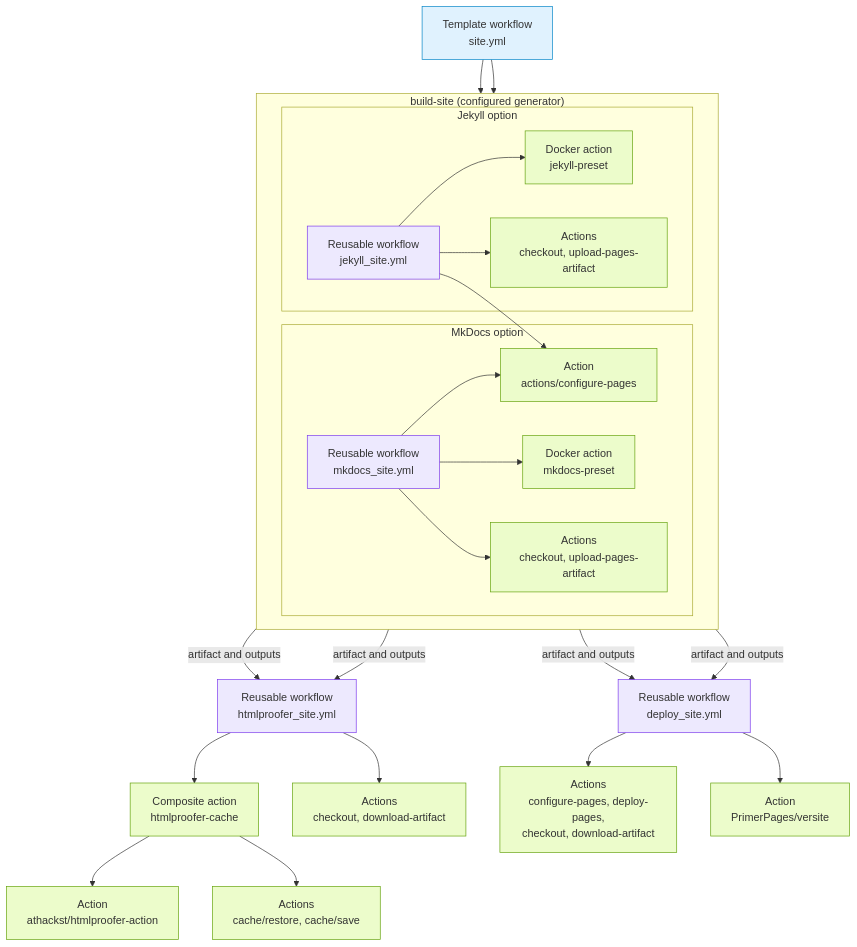
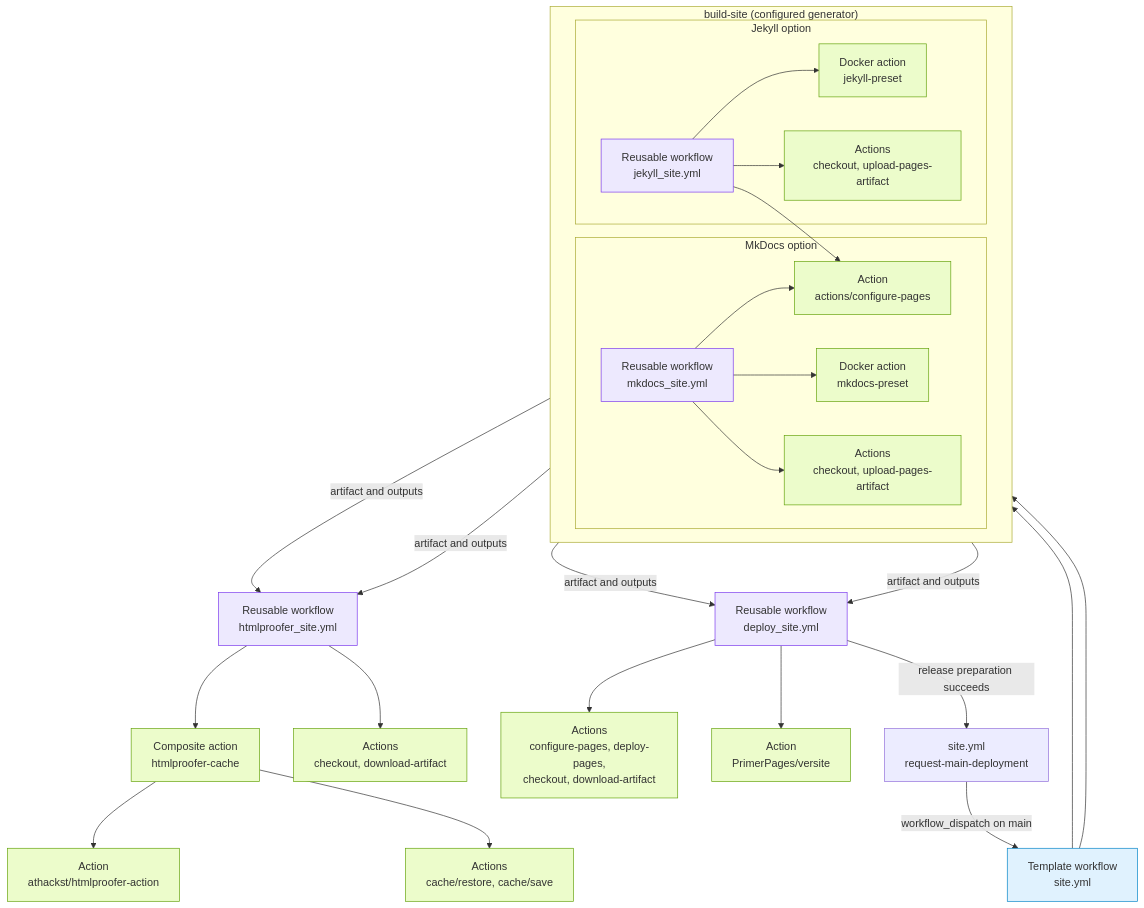
One commit to athackst/ci changed the diagram in copier/site.md. Above: the diagram before and after it, drawn with Mermaid. The commit also changed other lines of this file and 7 other files, not shown here.

Commit message:
Serialize site deployments and dispatch releases from main (#407)

````diff
--- a/copier/site.md
+++ b/copier/site.md
@@ -39,43 +40,45 @@
 ```mermaid
 flowchart TD
     template["Template workflow<br/>site.yml"]
 
     subgraph build_site["build-site (configured generator)"]
         direction LR
 
         subgraph mkdocs_option["MkDocs option"]
             mkdocs["Reusable workflow<br/>mkdocs_site.yml"]
             mkdocs --> configure_pages["Action<br/>actions/configure-pages"]
             mkdocs --> mkdocs_preset["Docker action<br/>mkdocs-preset"]
             mkdocs --> pages_build["Actions<br/>checkout, upload-pages-artifact"]
         end
 
         subgraph jekyll_option["Jekyll option"]
             jekyll["Reusable workflow<br/>jekyll_site.yml"]
             jekyll --> configure_pages
             jekyll --> jekyll_preset["Docker action<br/>jekyll-preset"]
             jekyll --> pages_jekyll["Actions<br/>checkout, upload-pages-artifact"]
         end
     end
 
     template --> mkdocs
     template --> jekyll
     mkdocs -->|artifact and outputs| test["Reusable workflow<br/>htmlproofer_site.yml"]
     jekyll -->|artifact and outputs| test
     mkdocs -->|artifact and outputs| deploy["Reusable workflow<br/>deploy_site.yml"]
     jekyll -->|artifact and outputs| deploy
 
     test --> cache["Composite action<br/>htmlproofer-cache"]
     test --> test_artifact["Actions<br/>checkout, download-artifact"]
     cache --> htmlproofer["Action<br/>athackst/htmlproofer-action"]
     cache --> cache_actions["Actions<br/>cache/restore, cache/save"]
     deploy --> pages_deploy["Actions<br/>configure-pages, deploy-pages,<br/>checkout, download-artifact"]
     deploy --> versite["Action<br/>PrimerPages/versite"]
+    deploy -->|release preparation succeeds| dispatch["site.yml<br/>request-main-deployment"]
+    dispatch -->|workflow_dispatch on main| template
 
     classDef template fill:#e0f2fe,stroke:#0284c7
     classDef workflow fill:#ede9fe,stroke:#7c3aed
     classDef action fill:#ecfccb,stroke:#65a30d
     class template template
     class mkdocs,jekyll,test,deploy workflow
     class configure_pages,mkdocs_preset,mkdocs_plugin,pages_build,jekyll_preset,pages_jekyll,cache,test_artifact,htmlproofer,cache_actions,pages_deploy,versite action
 ```
````
